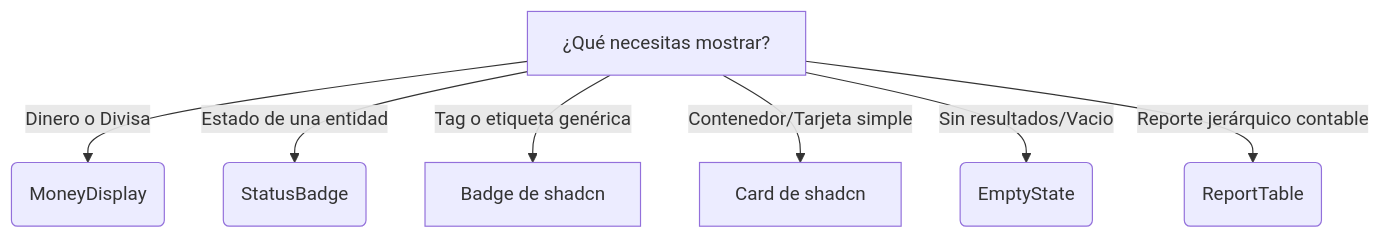
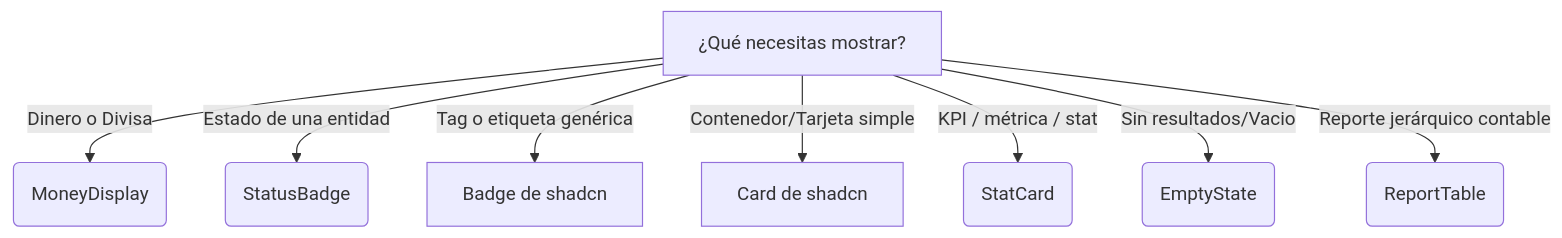
Before and after one commit to Patricoaa/ERPGrafico: the third of 5 diagrams in docs/20-contracts/component-decision-tree.md, drawn with Mermaid. The commit also changed other lines of this file and 1 other file, not shown here.

First line of the commit message:
docs(contract): add StatCard contract + update decision tree

````diff
--- a/docs/20-contracts/component-decision-tree.md
+++ b/docs/20-contracts/component-decision-tree.md
@@ -56,10 +56,11 @@
 ```mermaid
 graph TD
     A[¿Qué necesitas mostrar?]
     A -->|Dinero o Divisa| B(MoneyDisplay)
     A -->|Estado de una entidad| C(StatusBadge)
     A -->|Tag o etiqueta genérica| D[Badge de shadcn]
     A -->|Contenedor/Tarjeta simple| E[Card de shadcn]
+    A -->|KPI / métrica / stat| H(StatCard)
     A -->|Sin resultados/Vacio| F(EmptyState)
     A -->|Reporte jerárquico contable| G(ReportTable)
 ```
````
